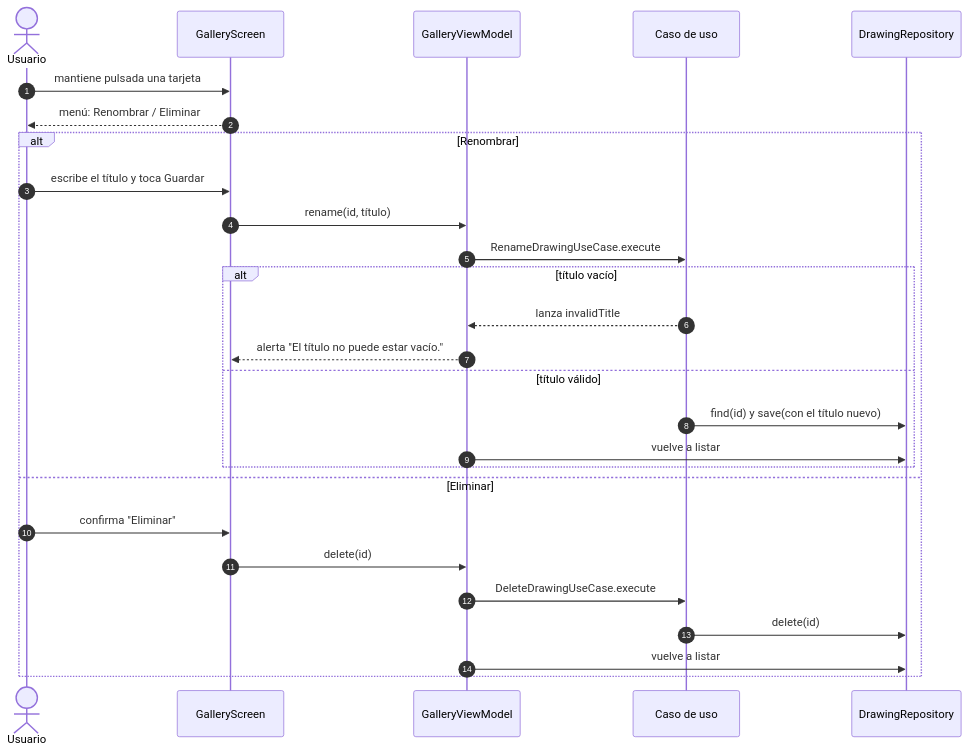
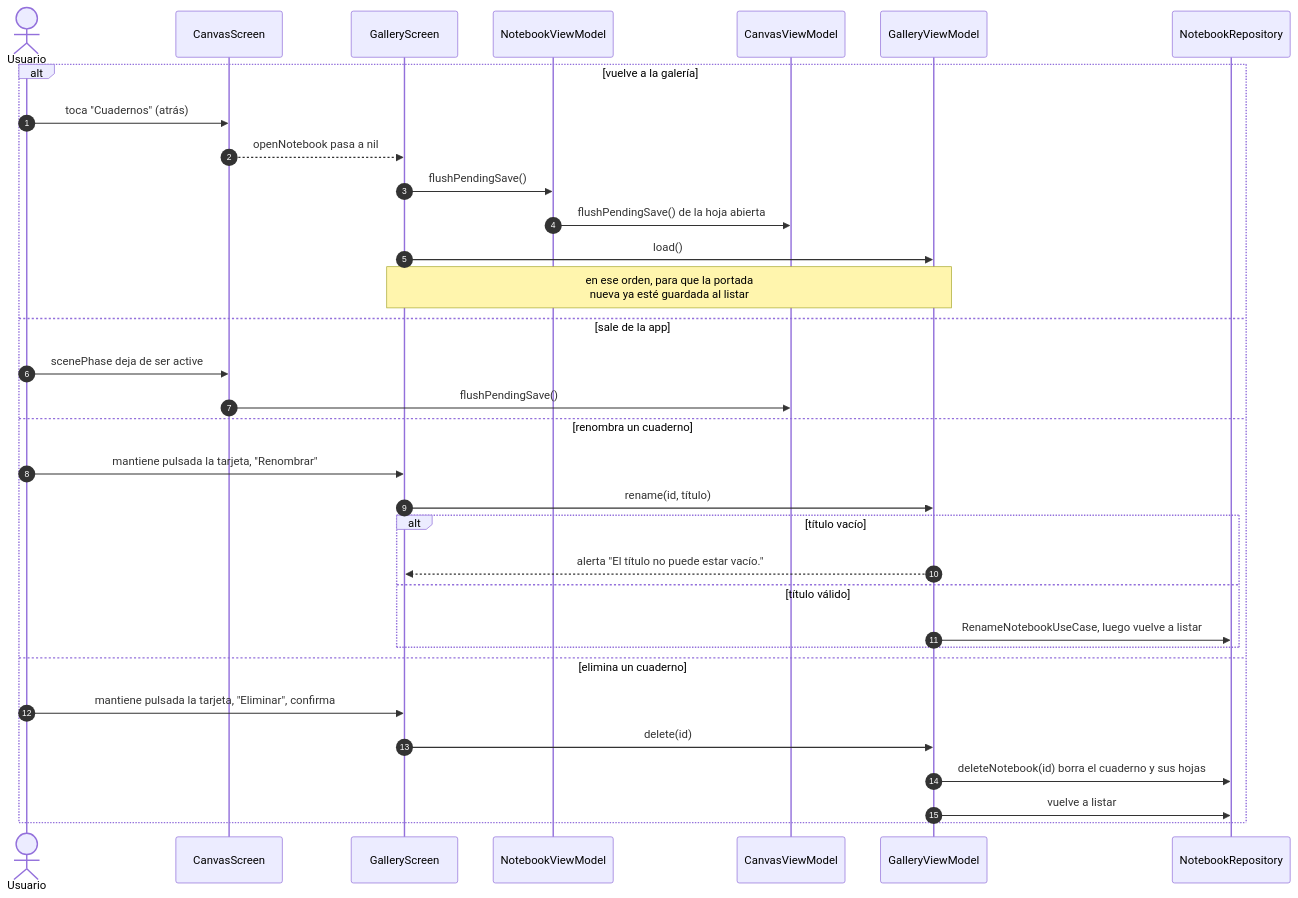
Before and after one commit to jhonjairo6230/DrawPad: the seventh of 10 diagrams in docs/arquitectura.md, drawn with Mermaid. The commit also changed other lines of this file and 57 other files, not shown here.

First line of the commit message:
Añadir cuadernos con hojas

````diff
--- a/docs/arquitectura.md
+++ b/docs/arquitectura.md
@@ -432,30 +527,36 @@
 ```mermaid
 sequenceDiagram
     autonumber
     actor U as Usuario
+    participant V as CanvasScreen
     participant G as GalleryScreen
+    participant NVM as NotebookViewModel
+    participant VM as CanvasViewModel
     participant GVM as GalleryViewModel
-    participant UC as Caso de uso
-    participant R as DrawingRepository
+    participant R as NotebookRepository
 
-    U->>G: mantiene pulsada una tarjeta
-    G-->>U: menú: Renombrar / Eliminar
-    alt Renombrar
-        U->>G: escribe el título y toca Guardar
+    alt vuelve a la galería
+        U->>V: toca "Cuadernos" (atrás)
+        V-->>G: openNotebook pasa a nil
+        G->>NVM: flushPendingSave()
+        NVM->>VM: flushPendingSave() de la hoja abierta
+        G->>GVM: load()
+        Note over G,GVM: en ese orden, para que la portada<br/>nueva ya esté guardada al listar
+    else sale de la app
+        U->>V: scenePhase deja de ser active
+        V->>VM: flushPendingSave()
+    else renombra un cuaderno
+        U->>G: mantiene pulsada la tarjeta, "Renombrar"
         G->>GVM: rename(id, título)
-        GVM->>UC: RenameDrawingUseCase.execute
         alt título vacío
-            UC-->>GVM: lanza invalidTitle
             GVM-->>G: alerta "El título no puede estar vacío."
         else título válido
-            UC->>R: find(id) y save(con el título nuevo)
-            GVM->>R: vuelve a listar
+            GVM->>R: RenameNotebookUseCase, luego vuelve a listar
         end
-    else Eliminar
-        U->>G: confirma "Eliminar"
+    else elimina un cuaderno
+        U->>G: mantiene pulsada la tarjeta, "Eliminar", confirma
         G->>GVM: delete(id)
-        GVM->>UC: DeleteDrawingUseCase.execute
-        UC->>R: delete(id)
+        GVM->>R: deleteNotebook(id) borra el cuaderno y sus hojas
         GVM->>R: vuelve a listar
     end
 ```
````
